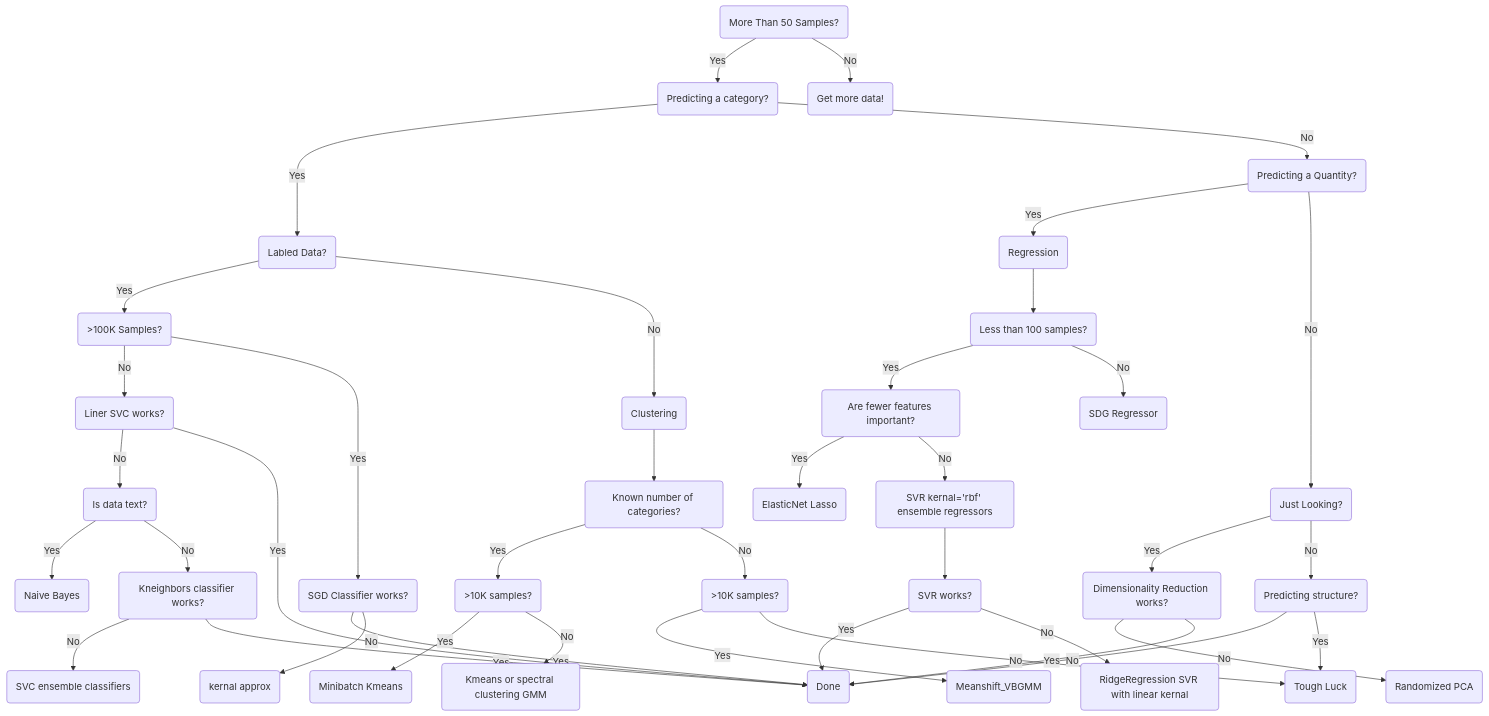
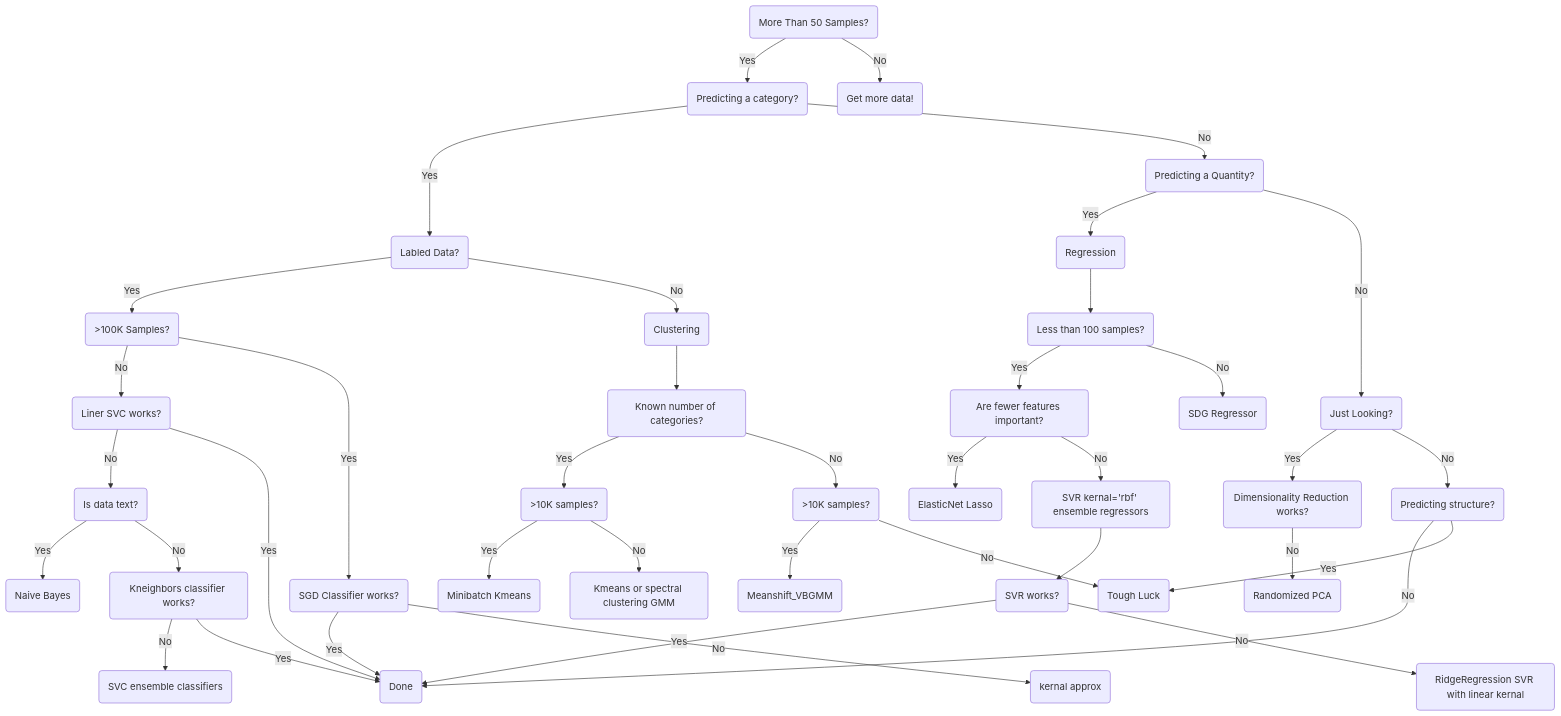
One commit to hwetsman/Public_Notes changed the diagram in ML_Cheatsheet.md. Above: the diagram before and after it, drawn with Mermaid.

````diff
--- a/ML_Cheatsheet.md
+++ b/ML_Cheatsheet.md
@@ -1,81 +1,76 @@
 ```mermaid
 flowchart TD
 id1(More Than 50 Samples?)
   id2(Predicting a category?)
     id1-->|Yes|id2
     id4(Labled Data?)
       id2-->|Yes|id4
       id6(>100K Samples?)
         id4-->|Yes|id6
         id14(Clustering)
         id15(Known number of categories?)
           id16(>10K samples?)
           id17(>10K samples?)
           id15-->|Yes|id16
             id20(Meanshift_VBGMM)
             id98(Tough Luck)
             id17-->|Yes|id20
             id17-->|No|id98
           id15-->|No|id17
             id18(Minibatch Kmeans)
             id19(Kmeans or spectral clustering GMM)
             id16-->|Yes|id18
             id16-->|No|id19
         id14-->id15
         id4-->|No|id14
         id7(Liner SVC works?)
         id6-->|No|id7
         id8(SGD Classifier works?)
           id8-->|Yes|id99
           id13(kernal approx)
           id8-->|No|id13
         id6-->|Yes|id8
           id9(Is data text?)
           id7-->|No|id9
             id10(Naive Bayes)
             id9-->|Yes|id10
             id11(Kneighbors classifier works?)
             id9-->|No|id11
               id12(SVC ensemble classifiers)
               id11-->|No|id12
               id99(Done)
                 id7-->|Yes|id99
               id11-->|Yes|id99
     id5(Predicting a Quantity?)
       id2-->|No|id5
       id30(Regression)
         id32(Less than 100 samples?)
           id33(Are fewer features important?)
             id32-->|Yes|id33
             id34(ElasticNet Lasso)
               id33-->|Yes|id34
             id35(SVR kernal='rbf' ensemble regressors)
               id33-->|No|id35
             id36(SVR works?)
               id35-->id36
             id37(RidgeRegression SVR with linear kernal)
               id36-->|Yes|id99
               id36-->|No|id37
         id38(SDG Regressor)
           id32-->|No|id38
       id31(Just Looking?)
         id5-->|Yes|id30
         id30-->id32
         id5-->|No|id31
         id40(Dimensionality Reduction works?)
           id31-->|Yes|id40
         id41(Randomized PCA)
           id40-->|No|id41
-          id40-->|Yes|id99
         id42(Predicting structure?)
         id31-->|No|id42
           id42-->|No|id99
           id42-->|Yes|id98
 
-
-
   id3(Get more data!)
     id1-->|No|id3
-  
-  
 ```
````
